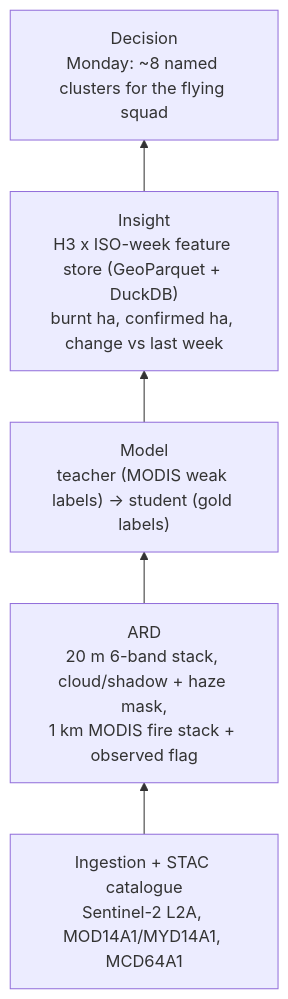
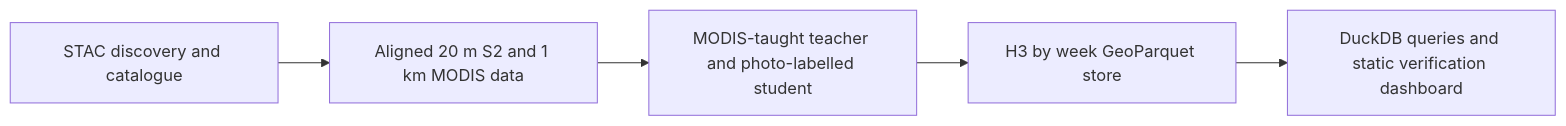
One commit to shuhulx/parali-watch changed the diagram in README.md. Above: the diagram before and after it, drawn with Mermaid. The commit also changed other lines of this file and 15 other files, not shown here.

````diff
--- a/README.md
+++ b/README.md
@@ -31,8 +65,7 @@
 ```mermaid
-flowchart BT
-    A["Ingestion + STAC catalogue<br/>Sentinel-2 L2A, MOD14A1/MYD14A1, MCD64A1"] --> B
-    B["ARD<br/>20 m 6-band stack, cloud/shadow + haze mask,<br/>1 km MODIS fire stack + observed flag"] --> C
-    C["Model<br/>teacher (MODIS weak labels) -> student (gold labels)"] --> D
-    D["Insight<br/>H3 x ISO-week feature store (GeoParquet + DuckDB)<br/>burnt ha, confirmed ha, change vs last week"] --> E
-    E["Decision<br/>Monday: ~8 named clusters for the flying squad"]
+flowchart LR
+    A[STAC discovery and catalogue] --> B[Aligned 20 m S2 and 1 km MODIS data]
+    B --> C[MODIS-taught teacher and photo-labelled student]
+    C --> D[H3 by week GeoParquet store]
+    D --> E[DuckDB queries and static verification dashboard]
 ```
````
